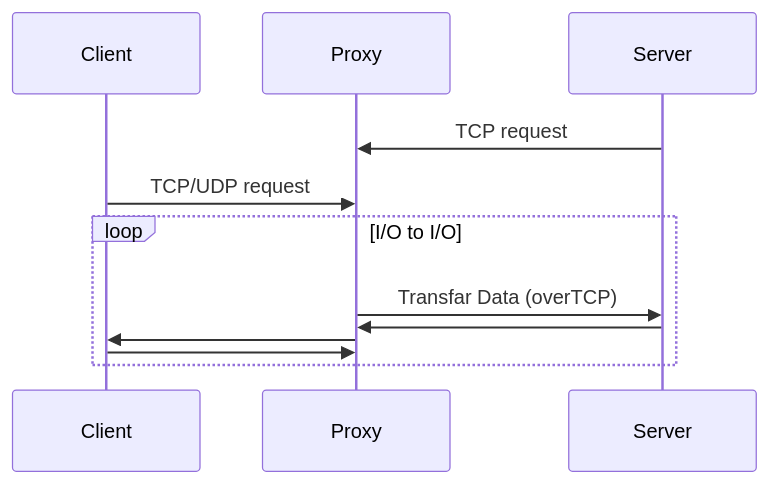
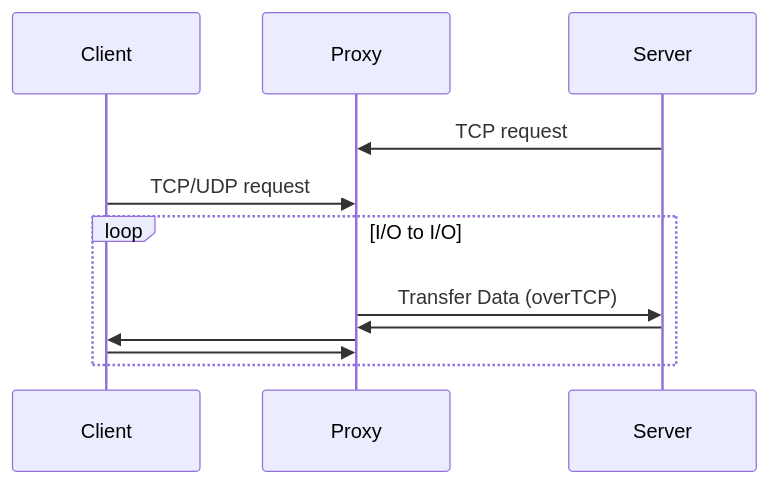
One commit to aatomu/go2tunnel changed the diagram in README.md. Above: the diagram before and after it, drawn with Mermaid. The commit also changed other lines of this file and 2 other files, not shown here.

````diff
--- a/README.md
+++ b/README.md
@@ -27,14 +27,14 @@
 ```mermaid
   sequenceDiagram
     participant Client
     participant Proxy
     participant Server
     Server->>Proxy: TCP request
     Client->>Proxy: TCP/UDP request
     loop I/O to I/O
-      Proxy->>Server: Transfar Data (overTCP)
+      Proxy->>Server: Transfer Data (overTCP)
       Server->>Proxy: 
       Proxy->>Client: 
       Client->>Proxy: 
     end
 ```
````
